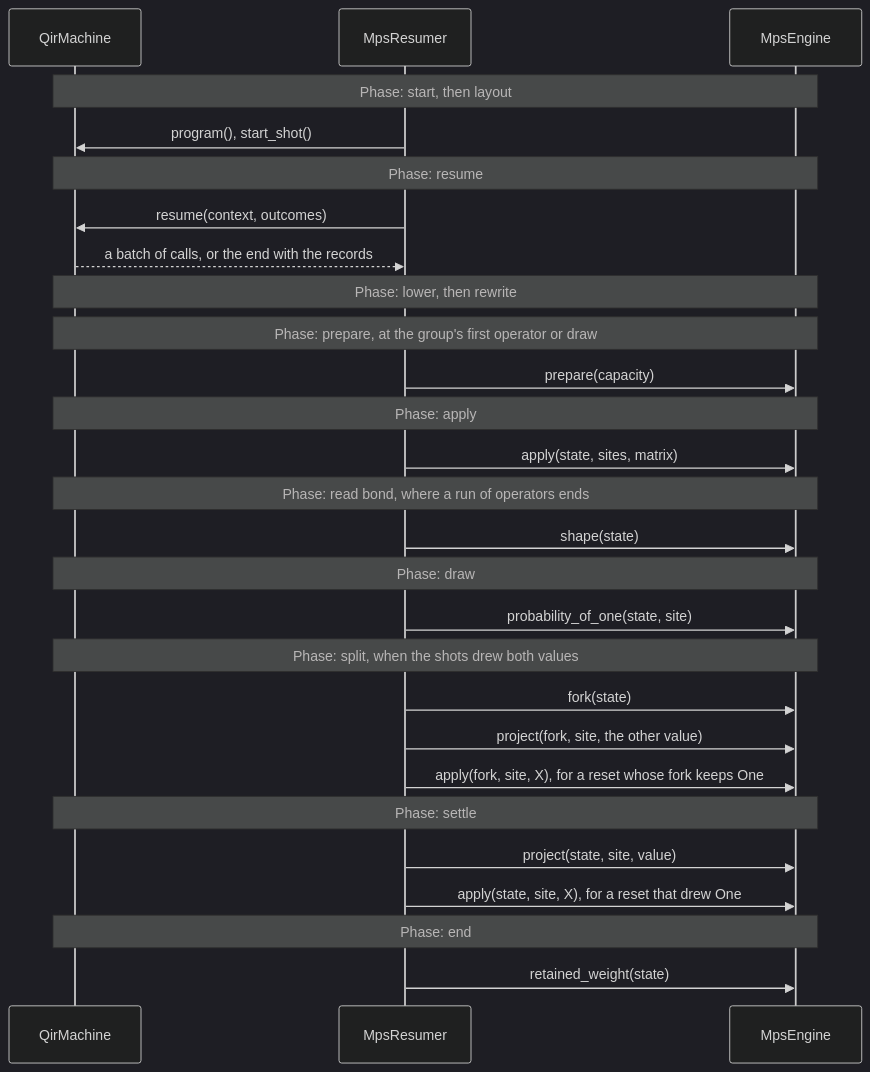
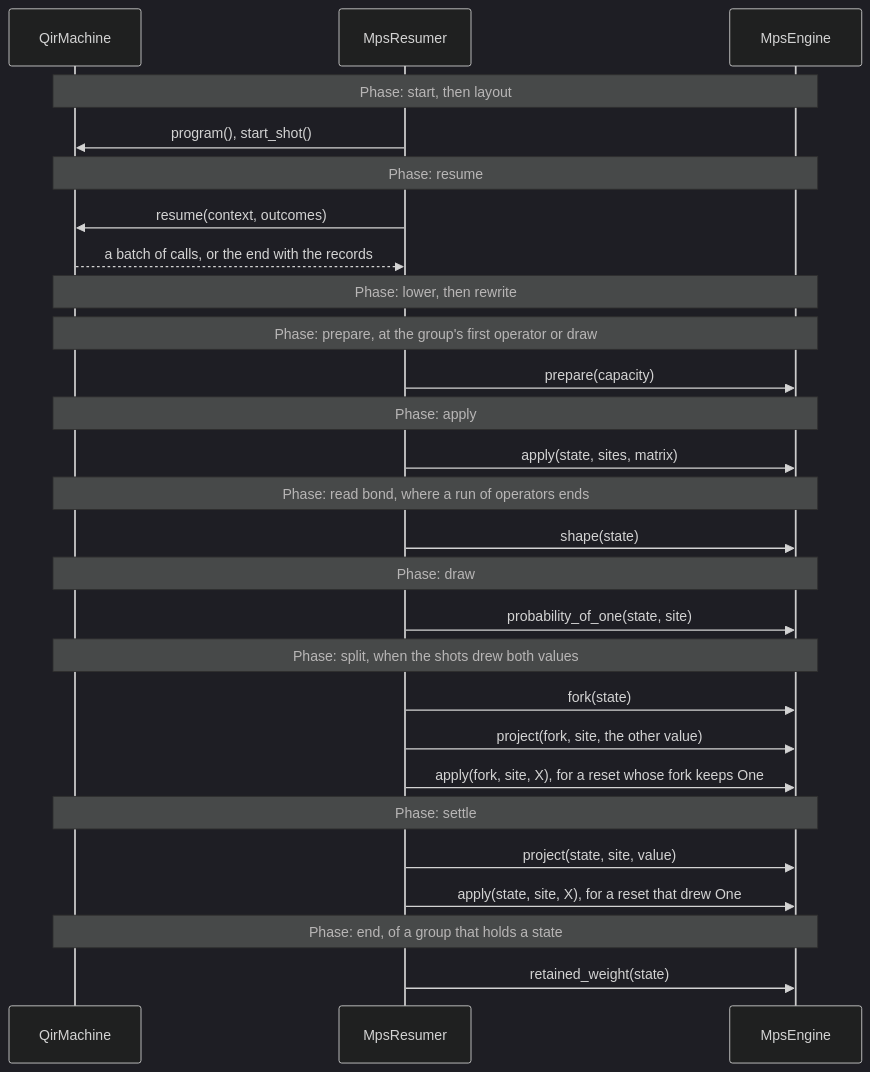
Before and after one commit to microsoft/qdk: the diagram in source/simulators/src/mps_simulator/design.md, drawn with Mermaid (dark theme). The commit also changed 4 other files, not shown here.

````diff
--- a/source/simulators/src/mps_simulator/design.md
+++ b/source/simulators/src/mps_simulator/design.md
@@ -14,29 +14,29 @@
 ```mermaid
 sequenceDiagram
   participant M as QirMachine
   participant R as MpsResumer
   participant E as MpsEngine
   Note over M,E: Phase: start, then layout
   R->>M: program(), start_shot()
   Note over M,E: Phase: resume
   R->>M: resume(context, outcomes)
   M-->>R: a batch of calls, or the end with the records
   Note over M,E: Phase: lower, then rewrite
   Note over M,E: Phase: prepare, at the group's first operator or draw
   R->>E: prepare(capacity)
   Note over M,E: Phase: apply
   R->>E: apply(state, sites, matrix)
   Note over M,E: Phase: read bond, where a run of operators ends
   R->>E: shape(state)
   Note over M,E: Phase: draw
   R->>E: probability_of_one(state, site)
   Note over M,E: Phase: split, when the shots drew both values
   R->>E: fork(state)
   R->>E: project(fork, site, the other value)
   R->>E: apply(fork, site, X), for a reset whose fork keeps One
   Note over M,E: Phase: settle
   R->>E: project(state, site, value)
   R->>E: apply(state, site, X), for a reset that drew One
-  Note over M,E: Phase: end
+  Note over M,E: Phase: end, of a group that holds a state
   R->>E: retained_weight(state)
 ```
````
